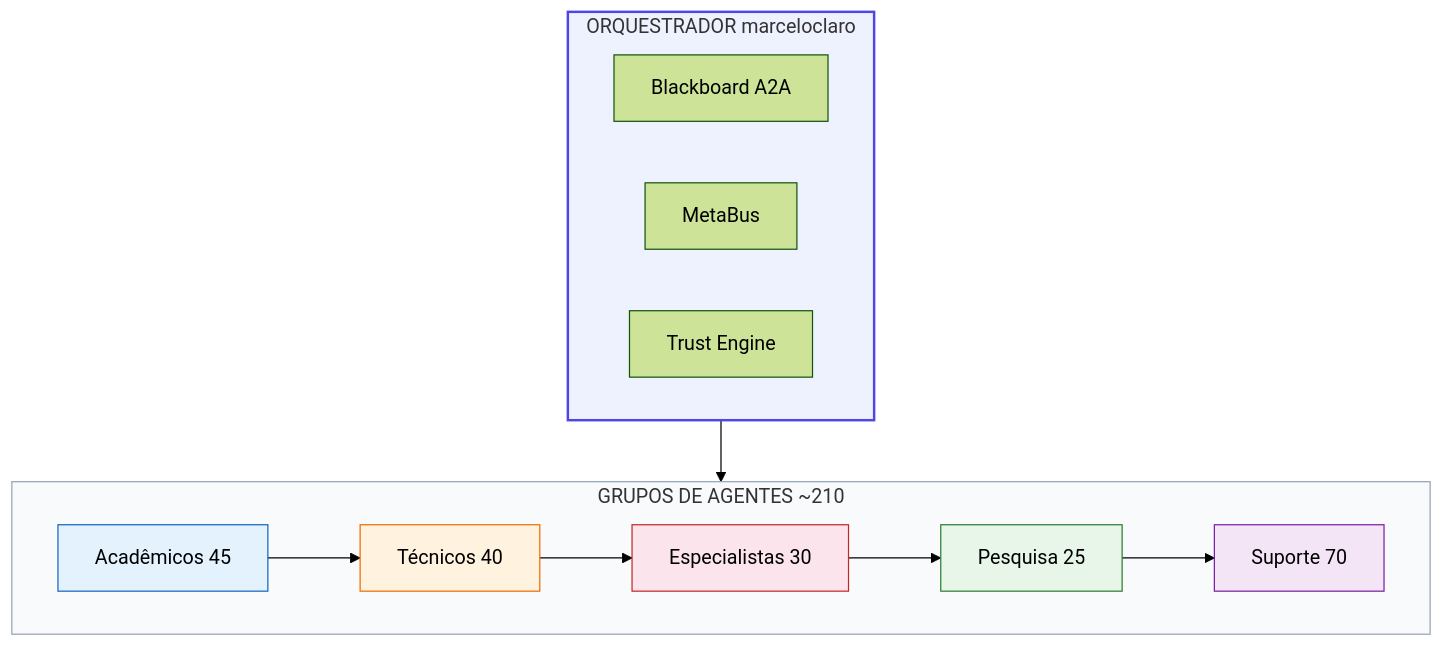
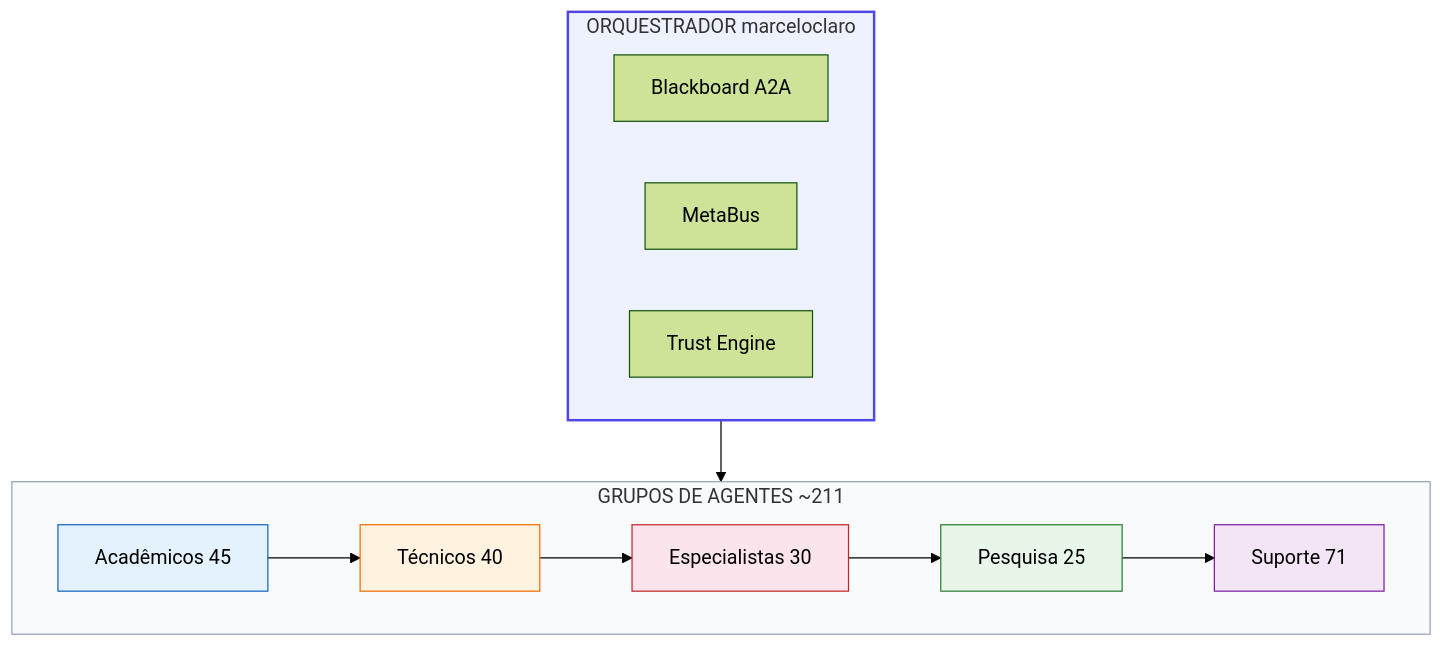
One commit to MarceloClaro/opencode-ecosystem-core changed the first of 4 diagrams in README.md. Above: the diagram before and after it, drawn with Mermaid (forest theme). The commit also changed other lines of this file and 9 other files, not shown here.

````diff
--- a/README.md
+++ b/README.md
@@ -119,27 +119,27 @@
 ```mermaid
 flowchart TB
     subgraph ORCH[ORQUESTRADOR marceloclaro]
         OR1[Blackboard A2A]
         OR2[MetaBus]
         OR3[Trust Engine]
     end
 
-    subgraph GROUPS[GRUPOS DE AGENTES ~210]
+    subgraph GROUPS[GRUPOS DE AGENTES ~211]
         AC[Acadêmicos 45]
         TE[Técnicos 40]
         ES[Especialistas 30]
         RS[Pesquisa 25]
-        SU[Suporte 70]
+        SU[Suporte 71]
     end
 
     ORCH --> GROUPS
     AC --> TE --> ES --> RS --> SU
 
     style ORCH fill:#eef2ff,stroke:#4f46e5,stroke-width:2px
     style GROUPS fill:#f8fafc,stroke:#94a3b8,stroke-width:1px
     style AC fill:#e3f2fd,stroke:#1565c0
     style TE fill:#fff3e0,stroke:#ef6c00
     style ES fill:#fce4ec,stroke:#c62828
     style RS fill:#e8f5e9,stroke:#2e7d32
     style SU fill:#f3e5f5,stroke:#7b1fa2
 ```
````
